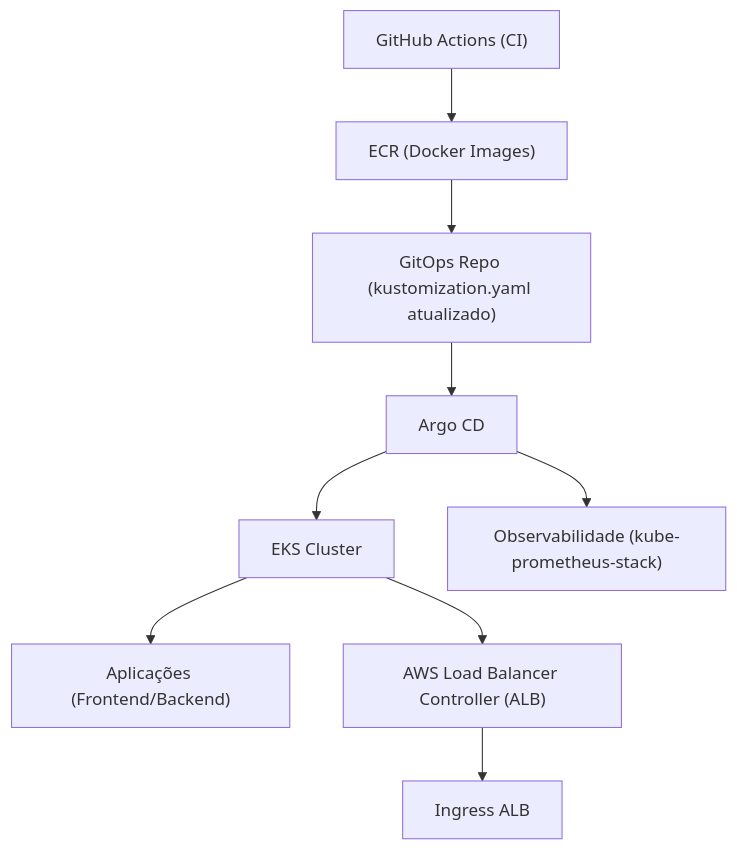
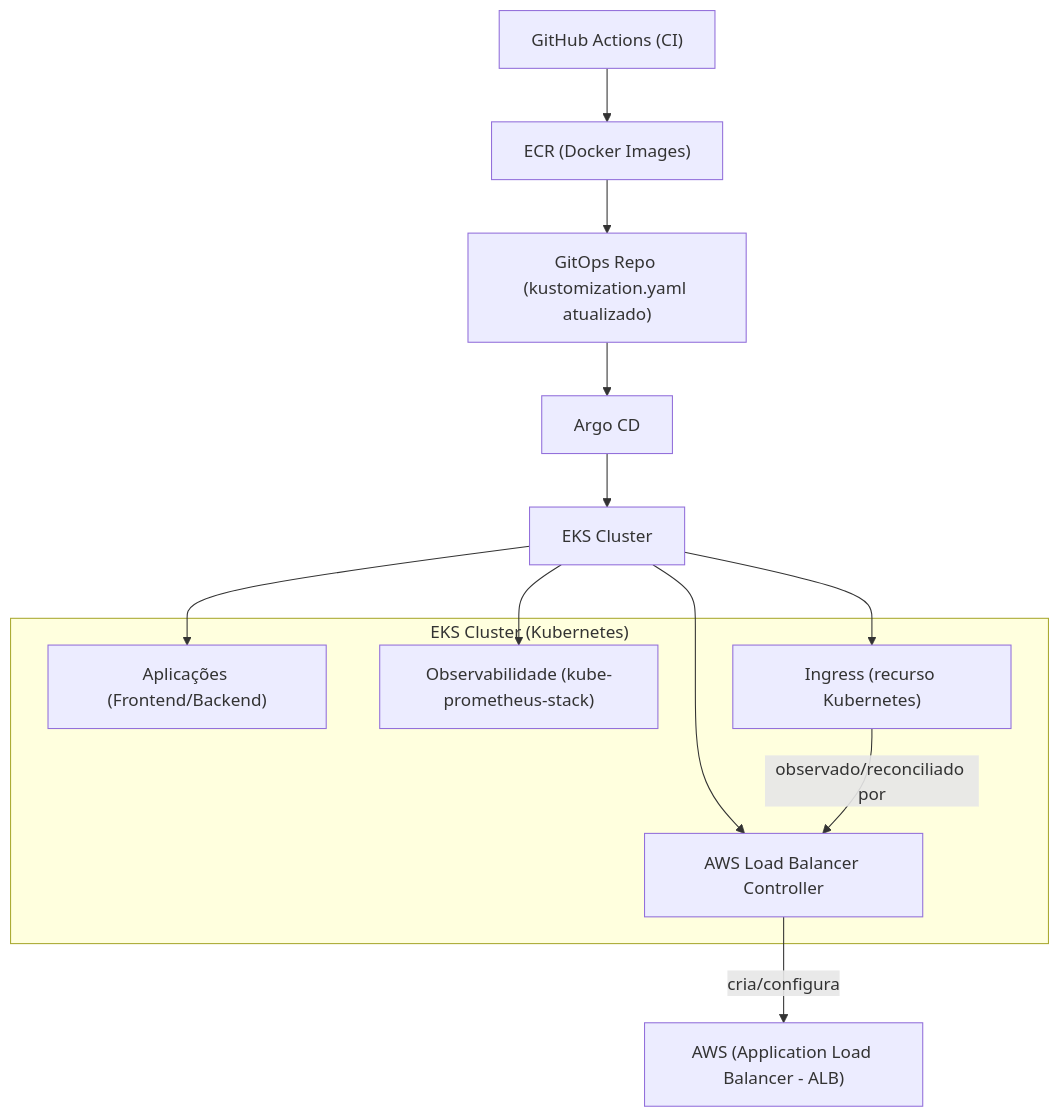
The diagram in README.md (RildoDias08/GitOps), drawn with Mermaid before and after one commit.

Commit message:
att graph readme

````diff
--- a/README.md
+++ b/README.md
@@ -11,11 +11,23 @@
 ```mermaid
 flowchart TD
     A["GitHub Actions (CI)"] --> B["ECR (Docker Images)"]
     B --> C["GitOps Repo (kustomization.yaml atualizado)"]
     C --> D["Argo CD"]
     D --> E["EKS Cluster"]
-    E --> F["Aplicações (Frontend/Backend)"]
-    E --> H["AWS Load Balancer Controller (ALB)"]
-    H --> I["Ingress ALB"]
-    D --> G["Observabilidade (kube-prometheus-stack)"]
+
+    subgraph EKS["EKS Cluster (Kubernetes)"]
+        F["Aplicações (Frontend/Backend)"]
+        G["Observabilidade (kube-prometheus-stack)"]
+        H["AWS Load Balancer Controller"]
+        I["Ingress (recurso Kubernetes)"]
+    end
+
+    E --> F
+    E --> G
+    E --> H
+    E --> I
+    I -- observado/reconciliado por --> H
+
+    J["AWS (Application Load Balancer - ALB)"]
+    H -- cria/configura --> J
 ```
````
